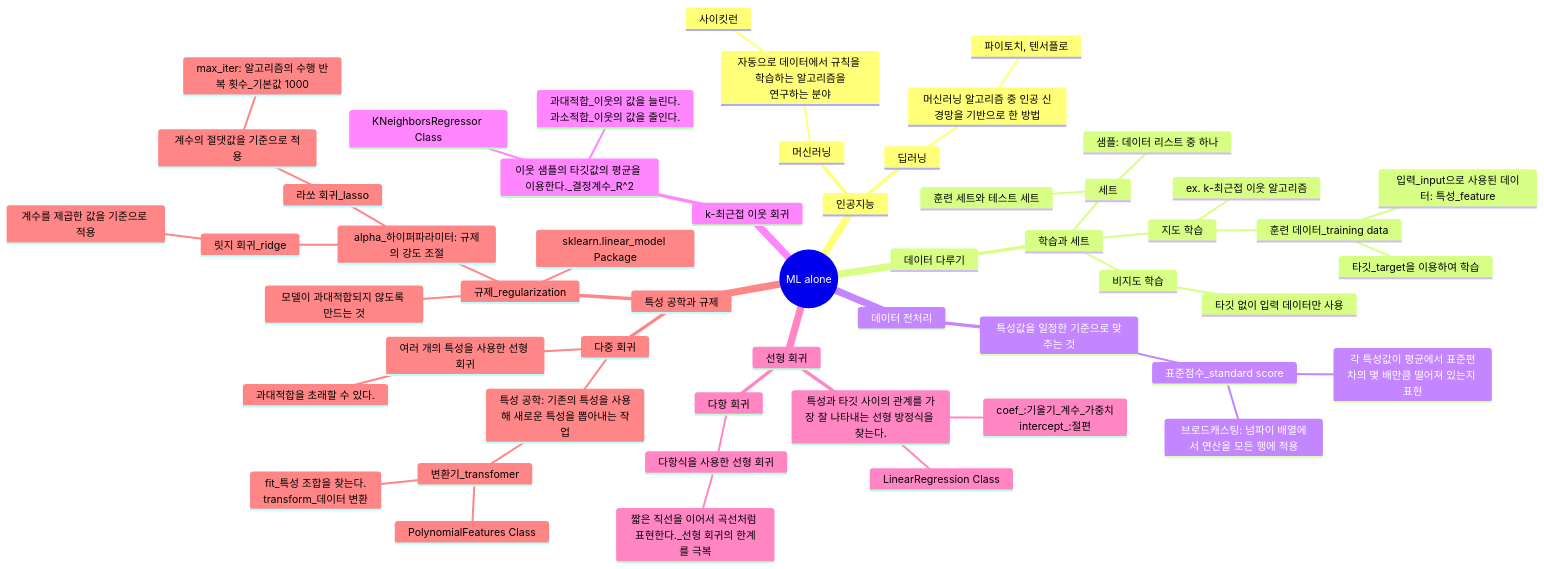
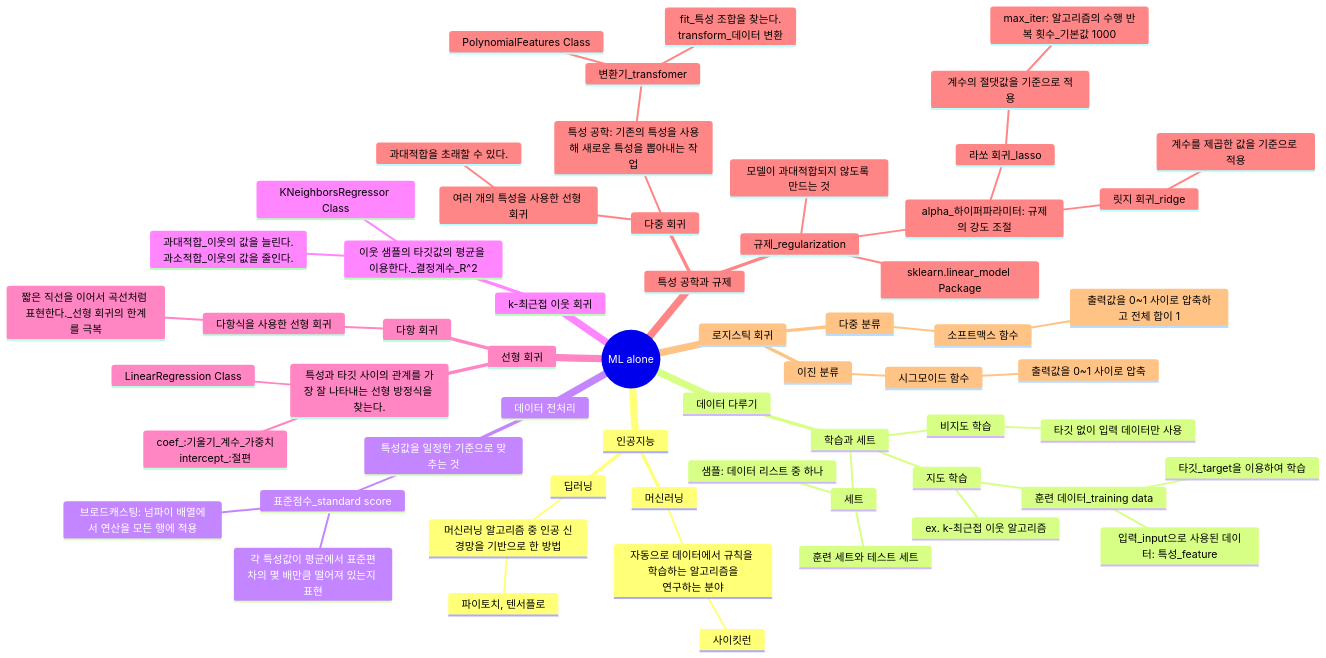
One commit to Jieun011211/ml-study-alone changed the diagram in mindmap.md. Above: the diagram before and after it, drawn with Mermaid.

Commit message:
04-1. 로지스틱 회귀 mermaid 요약

````diff
--- a/mindmap.md
+++ b/mindmap.md
@@ -1,56 +1,64 @@
 ```mermaid
     mindmap
   root((ML alone))
     인공지능
       머신러닝
         자동으로 데이터에서 규칙을 학습하는 알고리즘을<br/>연구하는 분야
             사이킷런
       딥러닝
         머신러닝 알고리즘 중 인공 신경망을 기반으로 한 방법
             파이토치, 텐서플로    
     데이터 다루기
       학습과 세트
         지도 학습
             훈련 데이터_training data
                 입력_input으로 사용된 데이터: 특성_feature
                 타깃_target을 이용하여 학습
             ex. k-최근접 이웃 알고리즘
         비지도 학습
             타깃 없이 입력 데이터만 사용
         세트
             훈련 세트와 테스트 세트
             샘플: 데이터 리스트 중 하나
     데이터 전처리
       특성값을 일정한 기준으로 맞추는 것
         표준점수_standard score
           각 특성값이 평균에서 표준편차의 몇 배만큼 떨어져 있는지 표현
           브로드캐스팅: 넘파이 배열에서 연산을 모든 행에 적용
     k-최근접 이웃 회귀
         이웃 샘플의 타깃값의 평균을 이용한다._결정계수_R^2
             KNeighborsRegressor Class
             과대적합_이웃의 값을 늘린다.<br>과소적합_이웃의 값을 줄인다.
     선형 회귀
       특성과 타깃 사이의 관계를 가장 잘 나타내는 선형 방정식을 찾는다.
         LinearRegression Class
         coef_:기울기_계수_가중치<br>intercept_:절편
       다항 회귀
         다항식을 사용한 선형 회귀
           짧은 직선을 이어서 곡선처럼 표현한다._선형 회귀의 한계를 극복
     특성 공학과 규제
       다중 회귀
         여러 개의 특성을 사용한 선형 회귀
           과대적합을 초래할 수 있다.
         특성 공학: 기존의 특성을 사용해 새로운 특성을 뽑아내는 작업
           변환기_transfomer
             PolynomialFeatures Class
             fit_특성 조합을 찾는다.<br>transform_데이터 변환
       규제_regularization
         모델이 과대적합되지 않도록 만드는 것
         sklearn.linear_model Package
         alpha_하이퍼파라미터: 규제의 강도 조절
           릿지 회귀_ridge
             계수를 제곱한 값을 기준으로 적용
           라쏘 회귀_lasso
             계수의 절댓값을 기준으로 적용
               max_iter: 알고리즘의 수행 반복 횟수_기본값 1000
+    로지스틱 회귀
+      이진 분류
+        시그모이드 함수
+          출력값을 0~1 사이로 압축
+      다중 분류
+        소프트맥스 함수
+          출력값을 0~1 사이로 압축하고 전체 합이 1
+
 ```
````
